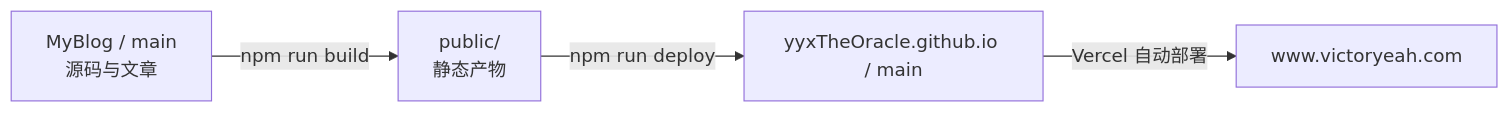
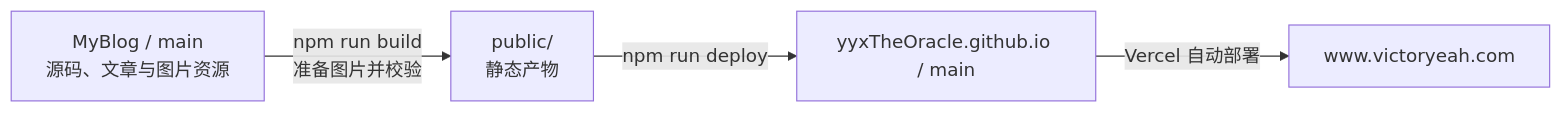
The diagram in README.md (yyxTheOracle/MyBlog), drawn with Mermaid before and after one commit. The commit also changed other lines of this file and 226 other files, not shown here.

Commit message:
feat(blog): 统一文章图片规范与图库体验

````diff
--- a/README.md
+++ b/README.md
@@ -37,6 +39,6 @@
 ```mermaid
 flowchart LR
-    A["MyBlog / main<br/>源码与文章"] -->|"npm run build"| B["public/<br/>静态产物"]
+    A["MyBlog / main<br/>源码、文章与图片资源"] -->|"npm run build<br/>准备图片并校验"| B["public/<br/>静态产物"]
     B -->|"npm run deploy"| C["yyxTheOracle.github.io / main"]
     C -->|"Vercel 自动部署"| D["www.victoryeah.com"]
 ```
````
